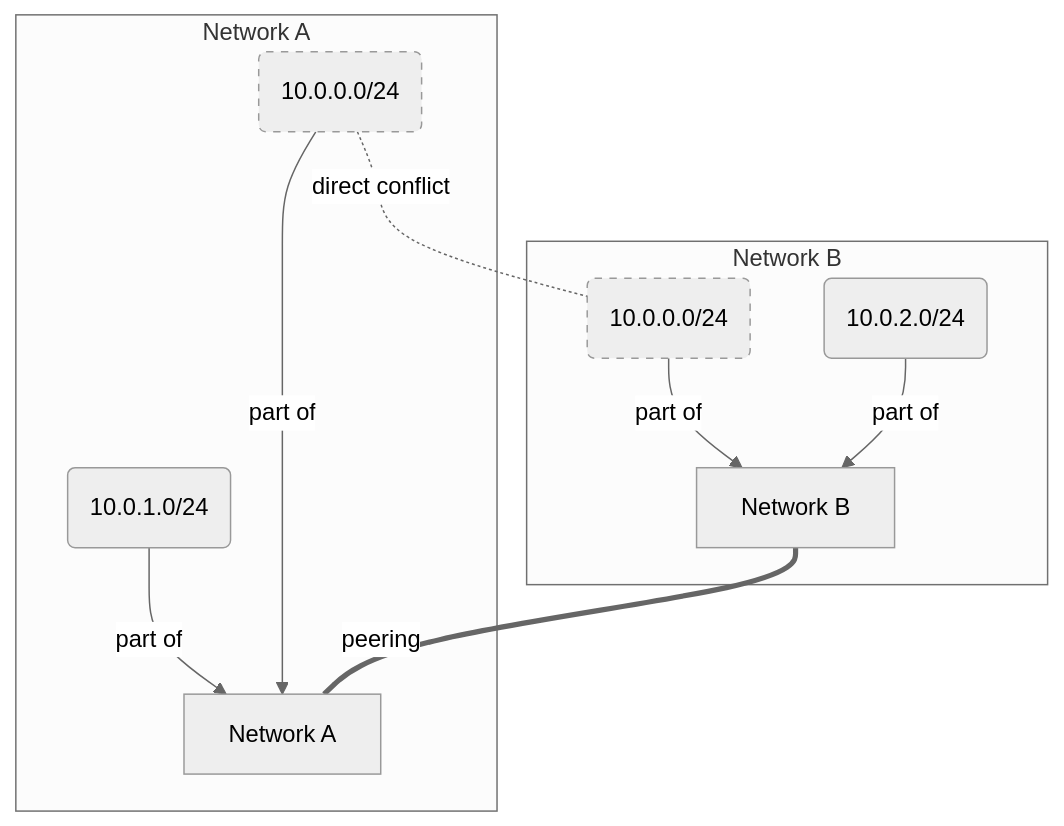
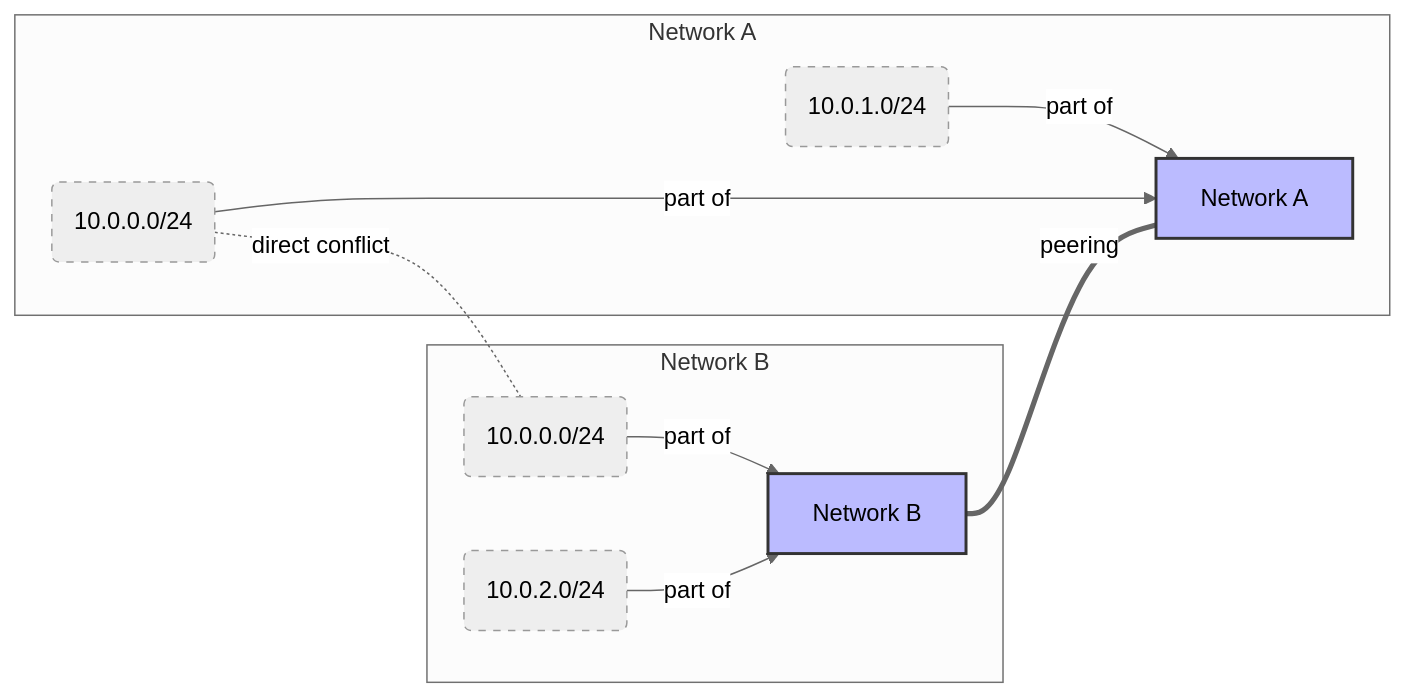
Before and after one commit to mattrussi/gitlab-com-runbooks: the first of 4 diagrams in docs/ci-runners/README.md, drawn with Mermaid (neutral theme). The commit also changed other lines of this file, not shown here.

First line of the commit message:
docs(ci-runners): style network diagrams

````diff
--- a/docs/ci-runners/README.md
+++ b/docs/ci-runners/README.md
@@ -146,19 +146,22 @@
 ```mermaid
-graph TD
+graph LR
+  classDef subnetwork stroke-dasharray: 5 5;
+  classDef vpc fill:#bbf,stroke:#333,stroke-width:2px;
+
   subgraph Network A
-    subnetwork_A_1("10.0.1.0/24") -->|part of| network_A["Network A"]
-    subnetwork_A_2("10.0.0.0/24") -->|part of| network_A
+    subnetwork_A_1("10.0.1.0/24"):::subnetwork -->|part of| network_A["Network A"]:::vpc
+    subnetwork_A_2("10.0.0.0/24"):::subnetwork -->|part of| network_A
   end
 
   subgraph Network B
-    subnetwork_B_2("10.0.0.0/24") -->|part of| network_B["Network B"]
-    subnetwork_B_1("10.0.2.0/24") -->|part of| network_B
+    subnetwork_B_2("10.0.0.0/24"):::subnetwork -->|part of| network_B["Network B"]:::vpc
+    subnetwork_B_1("10.0.2.0/24"):::subnetwork -->|part of| network_B
   end
 
   network_B ===|peering| network_A
 
   subnetwork_A_2 -.-|direct conflict| subnetwork_B_2
 
   style subnetwork_A_2 stroke-dasharray: 5 5
   style subnetwork_B_2 stroke-dasharray: 5 5
 ```
````
